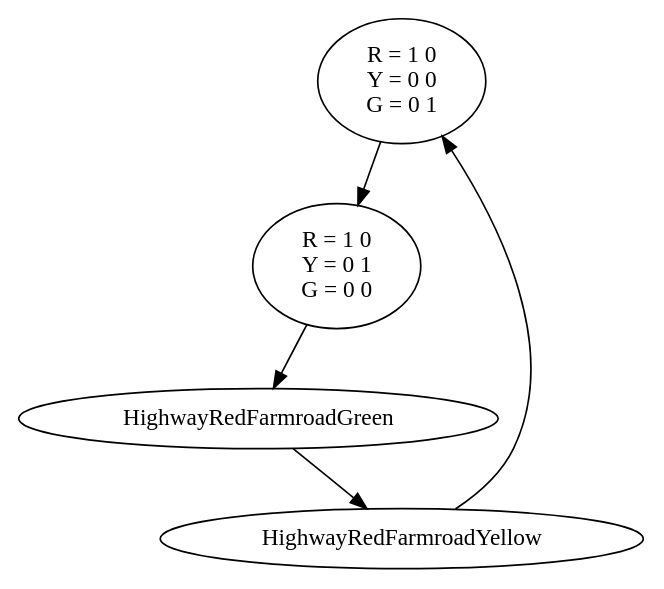
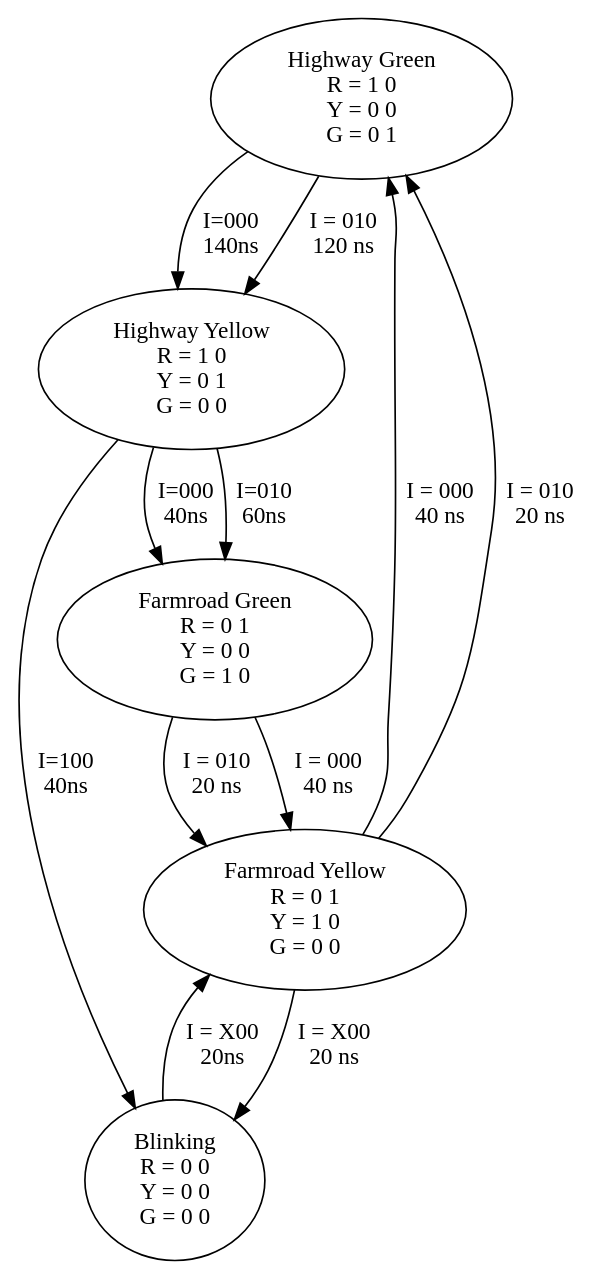
The diagram in dot/s298.gv (jandersson/iscas-89-s298), drawn with Graphviz before and after one commit. The commit also changed 1 other file, not shown here.

Commit message:
Complete first draft of state diagram

```diff
--- a/dot/s298.gv
+++ b/dot/s298.gv
@@ -1,8 +1,18 @@
 digraph s298 {
-	HighwayGreen -> HighwayYellow;
-	HighwayYellow -> HighwayRedFarmroadGreen;
-	HighwayRedFarmroadGreen -> HighwayRedFarmroadYellow;
-	HighwayRedFarmroadYellow -> HighwayGreen;
-	HighwayGreen [label="R = 1 0\nY = 0 0\nG = 0 1"];
-	HighwayYellow [label="R = 1 0\nY = 0 1\nG = 0 0"];
+	HighwayGreen -> HighwayYellow [label="I=000\n140ns"];
+	HighwayGreen -> HighwayYellow [label="I = 010\n120 ns"];
+	HighwayYellow -> FarmroadGreen [label="I=000\n40ns"];
+	HighwayYellow -> FarmroadGreen [label="I=010\n60ns"];
+	HighwayYellow -> Blinking [label="I=100\n40ns"];
+	Blinking -> FarmroadYellow [label="I = X00\n20ns"];
+	FarmroadYellow -> Blinking [label="I = X00\n20 ns"];
+	FarmroadGreen -> FarmroadYellow [label="I = 000\n40 ns"];
+	FarmroadGreen -> FarmroadYellow [label="I = 010\n20 ns"];
+	FarmroadYellow -> HighwayGreen [label="I = 000\n40 ns"];
+	FarmroadYellow -> HighwayGreen [label="I = 010\n20 ns"];
+	FarmroadYellow [label="Farmroad Yellow\nR = 0 1\nY = 1 0\nG = 0 0"];
+	FarmroadGreen [label="Farmroad Green\nR = 0 1\nY = 0 0\nG = 1 0"];
+	HighwayGreen [label="Highway Green\nR = 1 0\nY = 0 0\nG = 0 1"];
+	HighwayYellow [label="Highway Yellow\nR = 1 0\nY = 0 1\nG = 0 0"];
+	Blinking [label="Blinking\nR = 0 0\nY = 0 0\nG = 0 0"];
 }
```
